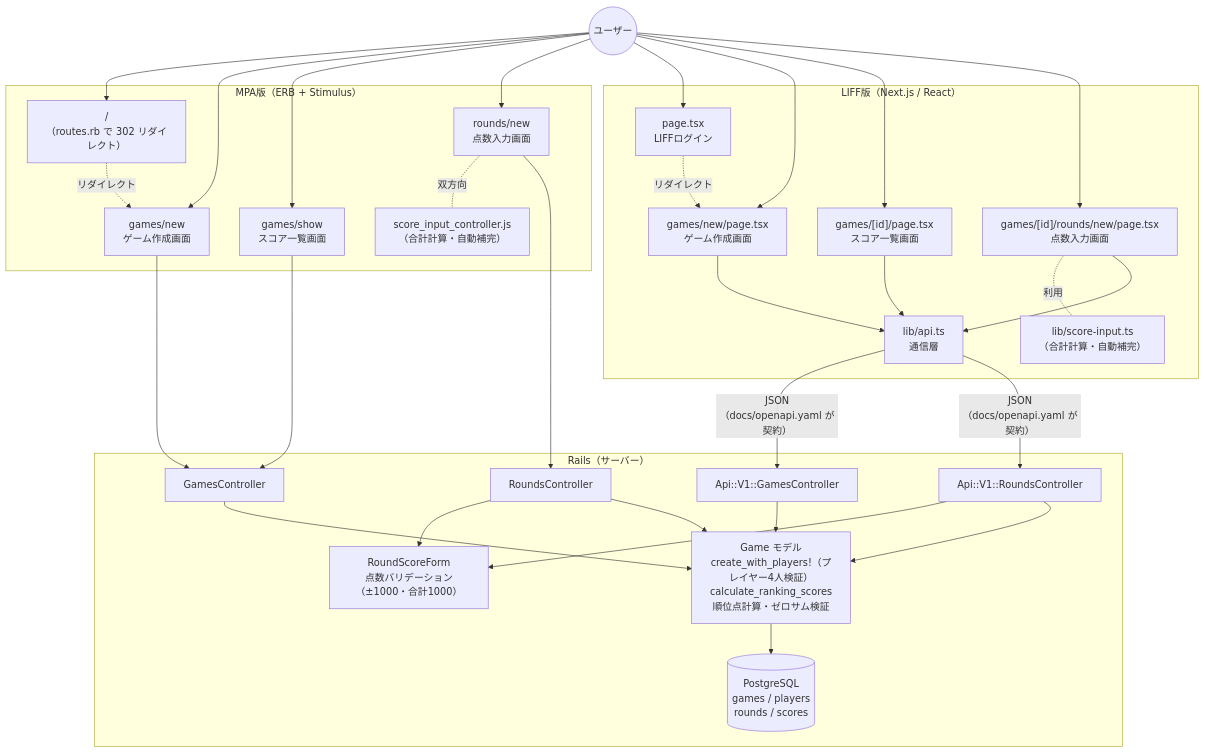
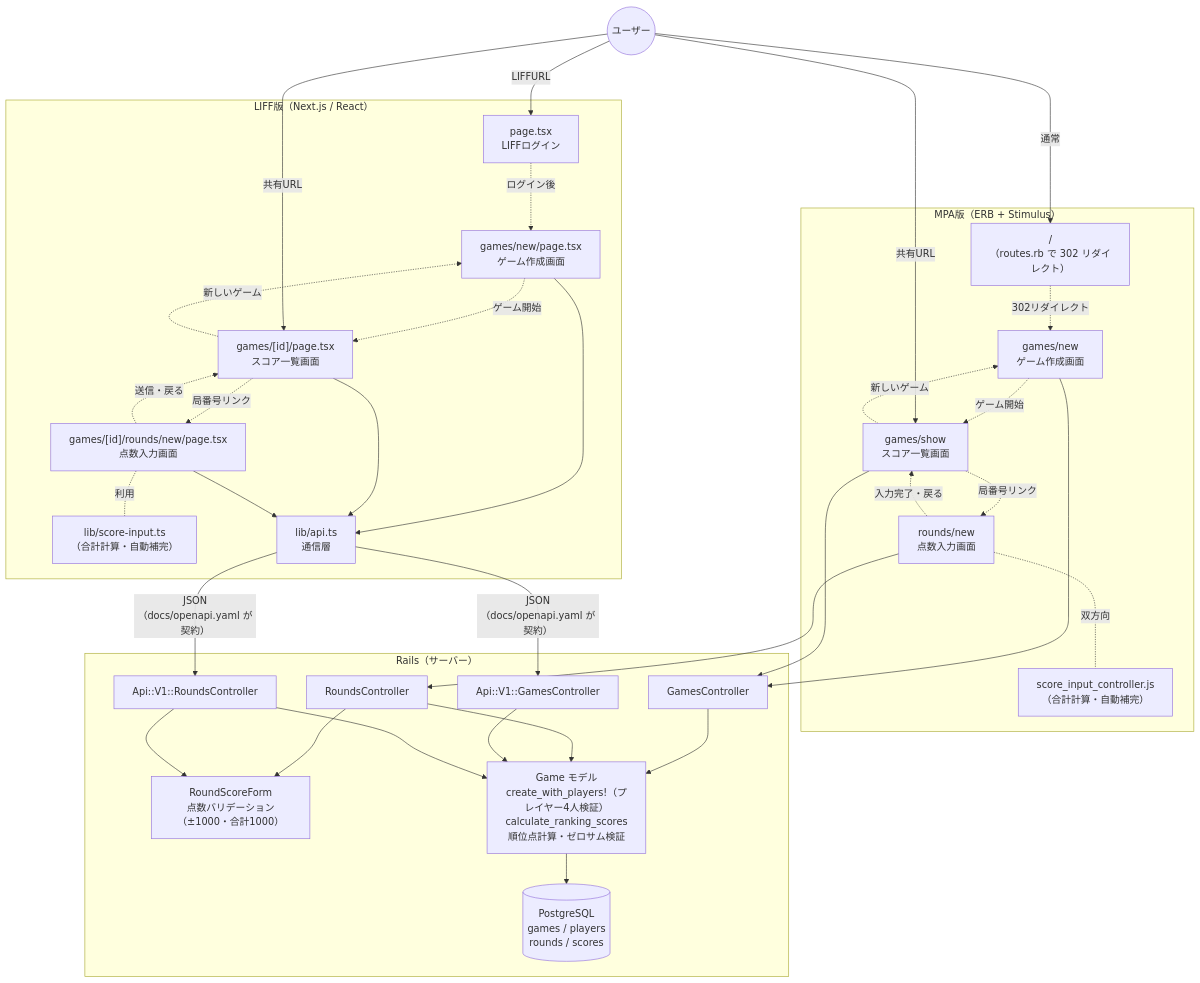
Before and after one commit to tsukamotohiroaki/mahjong_score: the first of 2 diagrams in docs/architecture.md, drawn with Mermaid. The commit also changed other lines of this file, not shown here.

Commit message:
docs: 利用者の入口を実際の2つずつに修正し、画面遷移を図に追加する
【現状】
図では利用者から全画面（MPA 4本・LIFF 4本）に線が伸びていたが、
実際に外部から直接到達できる入口は各版2つしかない。
また画面同士の遷移が描かれておらず、
「どうやってその画面に着くのか」が図から読み取れなかった。

【目的】
利用者の動線を図の上で正確に表す。

【変更内容】
- 利用者からの線を実際の入口だけに絞った
  - MPA: `/`（通常）と games/show（共有URL）
  - LIFF: page.tsx（LIFF URL）と games/[id]/page.tsx（共有URL）
- 画面遷移をコードで確認したうえで追加した
  - MPA: リダイレクト・ゲーム開始・局番号リンク・入力完了・新しいゲーム
  - LIFF: router.push と Link の実際の遷移先
- 読みどころに「入口は各版2つずつ」の説明を追加
- 検証中に見つかった MPA と LIFF の食い違いを注記
  - LIFF のエラー画面にのみ「← トップに戻る」が残っている
    （MPA は #216 で削除済み。LIFF では `/` が liff.login() を走らせる）

````diff
--- a/docs/architecture.md
+++ b/docs/architecture.md
@@ -21,47 +21,57 @@
 ```mermaid
 flowchart TB
     user(("ユーザー"))
 
     subgraph MPA["MPA版（ERB + Stimulus）"]
         root["/<br>（routes.rb で 302 リダイレクト）"]
         gnew["games/new<br>ゲーム作成画面"]
         gshow["games/show<br>スコア一覧画面"]
         rnew["rounds/new<br>点数入力画面"]
         stim["score_input_controller.js<br>（合計計算・自動補完）"]
         rnew -.双方向.- stim
-        root -.リダイレクト.-> gnew
+        root -.302リダイレクト.-> gnew
+        gnew -.ゲーム開始.-> gshow
+        gshow -.局番号リンク.-> rnew
+        rnew -.入力完了・戻る.-> gshow
+        gshow -.新しいゲーム.-> gnew
     end
 
     subgraph LIFF["LIFF版（Next.js / React）"]
         lpage["page.tsx<br>LIFFログイン"]
         lnew["games/new/page.tsx<br>ゲーム作成画面"]
         lshow["games/[id]/page.tsx<br>スコア一覧画面"]
         lrnew["games/[id]/rounds/new/page.tsx<br>点数入力画面"]
         sinput["lib/score-input.ts<br>（合計計算・自動補完）"]
         apits["lib/api.ts<br>通信層"]
         lrnew -.利用.- sinput
-        lpage -.リダイレクト.-> lnew
+        lpage -.ログイン後.-> lnew
+        lnew -.ゲーム開始.-> lshow
+        lshow -.局番号リンク.-> lrnew
+        lrnew -.送信・戻る.-> lshow
+        lshow -.新しいゲーム.-> lnew
         lnew & lshow & lrnew --> apits
     end
 
     subgraph Rails["Rails（サーバー）"]
         gc["GamesController"]
         rc["RoundsController"]
         agc["Api::V1::GamesController"]
         arc["Api::V1::RoundsController"]
         form["RoundScoreForm<br>点数バリデーション（±1000・合計1000）"]
         model["Game モデル<br>create_with_players!（プレイヤー4人検証）<br>calculate_ranking_scores<br>順位点計算・ゼロサム検証"]
         db[("PostgreSQL<br>games / players<br>rounds / scores")]
     end
 
-    user --> root & gnew & gshow & rnew
-    user --> lpage & lnew & lshow & lrnew
+    user -- 通常 --> root
+    user -- 共有URL --> gshow
+    user -- LIFFURL --> lpage
+    user -- 共有URL --> lshow
 
     gnew & gshow --> gc
     rnew --> rc
     apits -- "JSON<br>（docs/openapi.yaml が契約）" --> agc & arc
 
     rc & arc --> form
     gc & rc & agc & arc --> model
     model --> db
 ```
````
